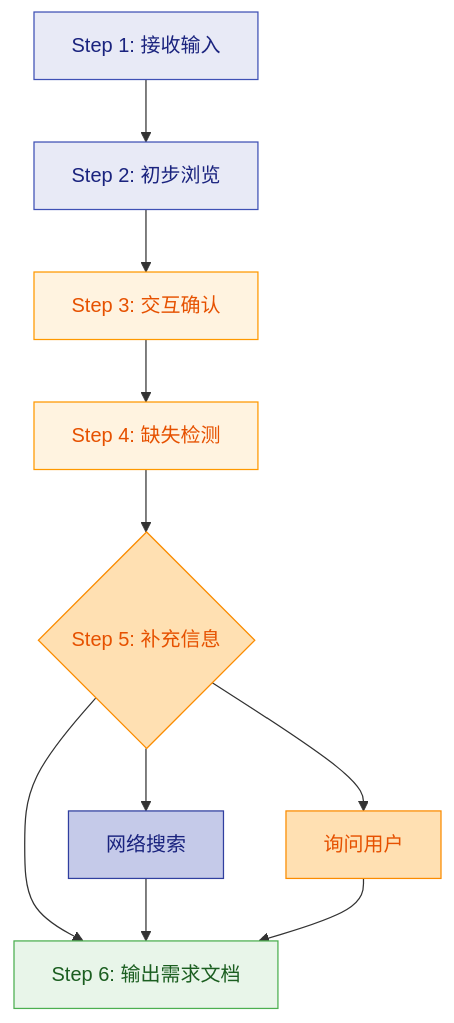
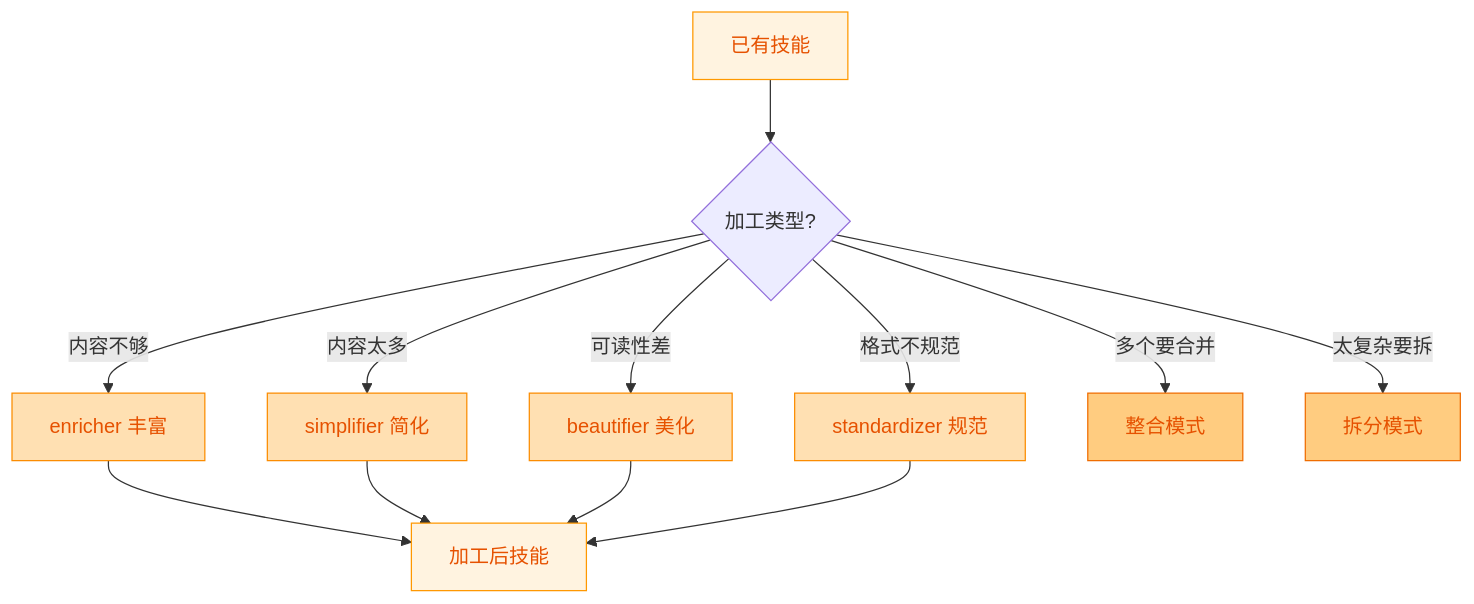
Before and after one commit to morning-start/coze-skills: the fourth of 7 diagrams in skill-factory/SKILL.md, drawn with Mermaid. The commit also changed other lines of this file and 10 other files, not shown here.

````diff
--- a/skill-factory/SKILL.md
+++ b/skill-factory/SKILL.md
@@ -175,23 +161,23 @@
 ```mermaid
 flowchart TD
-    Step1[Step 1: 接收输入] --> Step2[Step 2: 初步浏览]
-    Step2 --> Step3[Step 3: 交互确认]
-    Step3 --> Step4[Step 4: 缺失检测]
-    Step4 --> Step5{Step 5: 补充信息}
-    Step5 --> Step6[Step 6: 输出需求文档]
+    Input[已有技能] --> Operation{加工类型?}
     
-    Step5 --> Search[网络搜索]
-    Step5 --> Ask[询问用户]
+    Operation -->|内容不够| E[enricher 丰富]
+    Operation -->|内容太多| S[simplifier 简化]
+    Operation -->|可读性差| B[beautifier 美化]
+    Operation -->|格式不规范| T[standardizer 规范]
     
-    Search --> Step6
-    Ask --> Step6
+    Operation -->|多个要合并| I[整合模式]
+    Operation -->|太复杂要拆| D[拆分模式]
     
-    style Step1 fill:#e8eaf6,stroke:#3f51b5,color:#1a237e
-    style Step2 fill:#e8eaf6,stroke:#3f51b5,color:#1a237e
-    style Step3 fill:#fff3e0,stroke:#ff9800,color:#e65100
-    style Step4 fill:#fff3e0,stroke:#ff9800,color:#e65100
-    style Step5 fill:#ffe0b2,stroke:#fb8c00,color:#e65100
-    style Step6 fill:#e8f5e9,stroke:#4caf50,color:#1b5e20
-    style Search fill:#c5cae9,stroke:#303f9f,color:#1a237e
-    style Ask fill:#ffe0b2,stroke:#fb8c00,color:#e65100
+    E & S & B & T --> Output[加工后技能]
+    
+    style Input fill:#fff3e0,stroke:#ff9800,color:#e65100
+    style E fill:#ffe0b2,stroke:#fb8c00,color:#e65100
+    style S fill:#ffe0b2,stroke:#fb8c00,color:#e65100
+    style B fill:#ffe0b2,stroke:#fb8c00,color:#e65100
+    style T fill:#ffe0b2,stroke:#fb8c00,color:#e65100
+    style I fill:#ffcc80,stroke:#ef6c00,color:#e65100
+    style D fill:#ffcc80,stroke:#ef6c00,color:#e65100
+    style Output fill:#fff3e0,stroke:#ff9800,color:#e65100
 ```
````
